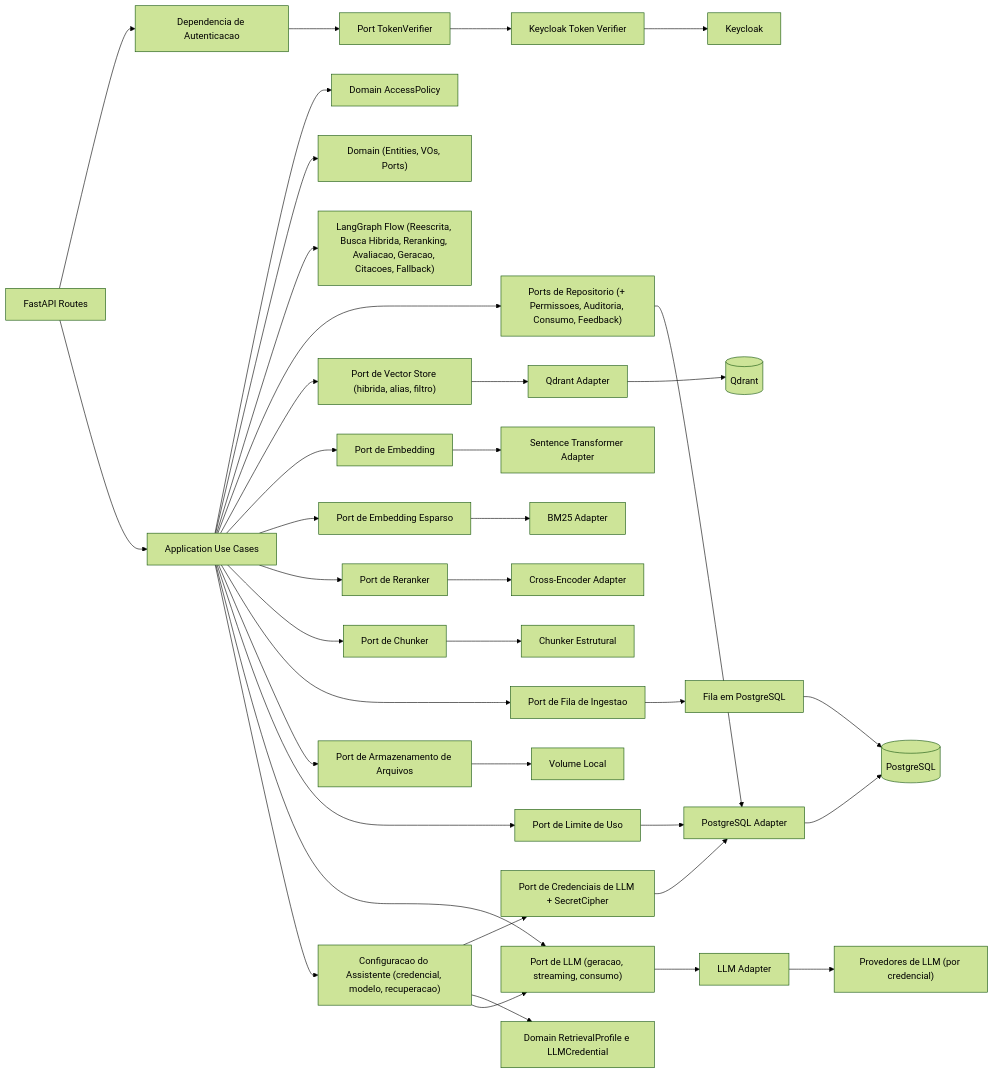
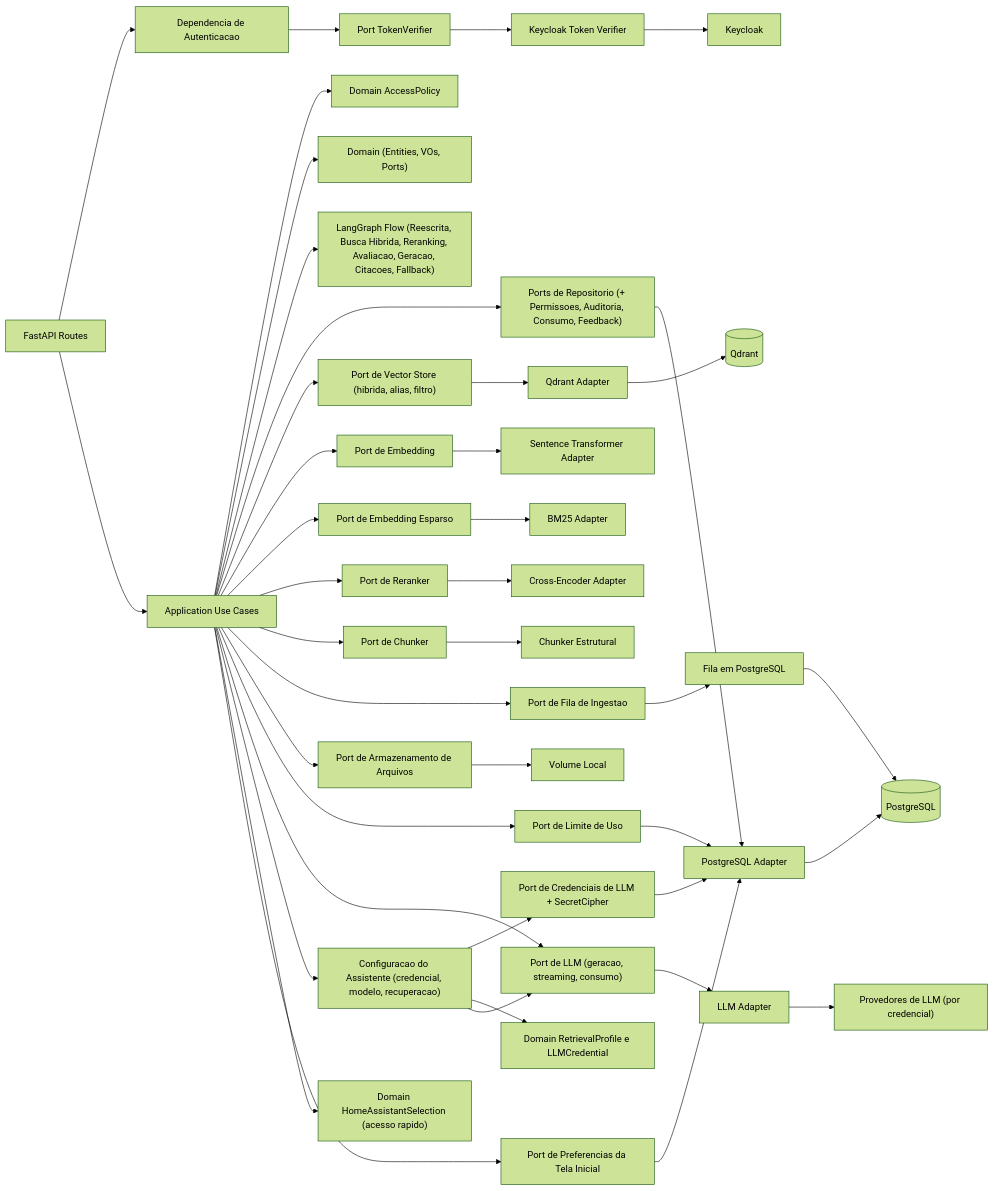
The second of 2 diagrams in docs/arquitetura/c4-componentes-backend.md (cleitonsm/nexus), drawn with Mermaid (forest theme) before and after one commit. The commit also changed other lines of this file and 7 other files, not shown here.

````diff
--- a/docs/arquitetura/c4-componentes-backend.md
+++ b/docs/arquitetura/c4-componentes-backend.md
@@ -43,44 +43,47 @@
 ```mermaid
 flowchart LR
     Routes["FastAPI Routes"] --> AuthDep["Dependencia de Autenticacao"]
     AuthDep --> TokenPort["Port TokenVerifier"]
     Routes --> UseCases["Application Use Cases"]
 
     UseCases --> Policy["Domain AccessPolicy"]
     UseCases --> Domain["Domain (Entities, VOs, Ports)"]
     UseCases --> LangGraph["LangGraph Flow (Reescrita, Busca Hibrida, Reranking, Avaliacao, Geracao, Citacoes, Fallback)"]
 
     UseCases --> RepoPort["Ports de Repositorio (+ Permissoes, Auditoria, Consumo, Feedback)"]
     UseCases --> VectorPort["Port de Vector Store (hibrida, alias, filtro)"]
     UseCases --> EmbPort["Port de Embedding"]
     UseCases --> SparsePort["Port de Embedding Esparso"]
     UseCases --> RerankPort["Port de Reranker"]
     UseCases --> ChunkPort["Port de Chunker"]
     UseCases --> QueuePort["Port de Fila de Ingestao"]
     UseCases --> FilePort["Port de Armazenamento de Arquivos"]
     UseCases --> LimitPort["Port de Limite de Uso"]
     UseCases --> LlmPort["Port de LLM (geracao, streaming, consumo)"]
     UseCases --> Runtime["Configuracao do Assistente (credencial, modelo, recuperacao)"]
     Runtime --> CredPort["Port de Credenciais de LLM + SecretCipher"]
     Runtime --> Profile["Domain RetrievalProfile e LLMCredential"]
     Runtime --> LlmPort
+    UseCases --> HomeRules["Domain HomeAssistantSelection (acesso rapido)"]
+    UseCases --> HomePort["Port de Preferencias da Tela Inicial"]
 
     TokenPort --> KcAdapter["Keycloak Token Verifier"]
     RepoPort --> PgAdapter["PostgreSQL Adapter"]
     QueuePort --> PgQueue["Fila em PostgreSQL"]
     LimitPort --> PgAdapter
     CredPort --> PgAdapter
+    HomePort --> PgAdapter
     VectorPort --> QdrantAdapter["Qdrant Adapter"]
     EmbPort --> EmbAdapter["Sentence Transformer Adapter"]
     SparsePort --> Bm25Adapter["BM25 Adapter"]
     RerankPort --> RerankAdapter["Cross-Encoder Adapter"]
     ChunkPort --> ChunkAdapter["Chunker Estrutural"]
     FilePort --> VolumeAdapter["Volume Local"]
     LlmPort --> LlmAdapter["LLM Adapter"]
 
     KcAdapter --> KC["Keycloak"]
     PgAdapter --> PG[("PostgreSQL")]
     PgQueue --> PG
     QdrantAdapter --> QD[("Qdrant")]
     LlmAdapter --> Provider["Provedores de LLM (por credencial)"]
 ```
````
